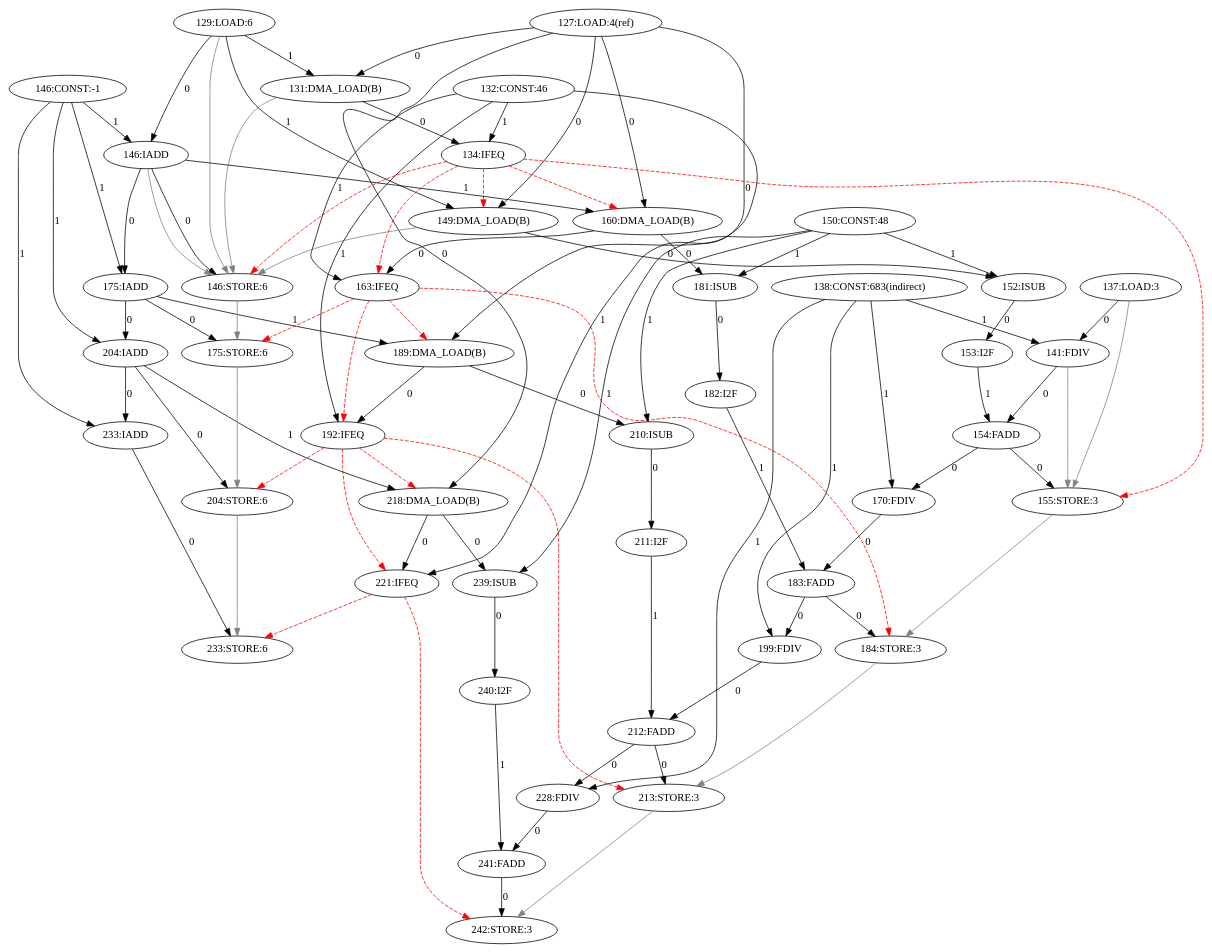
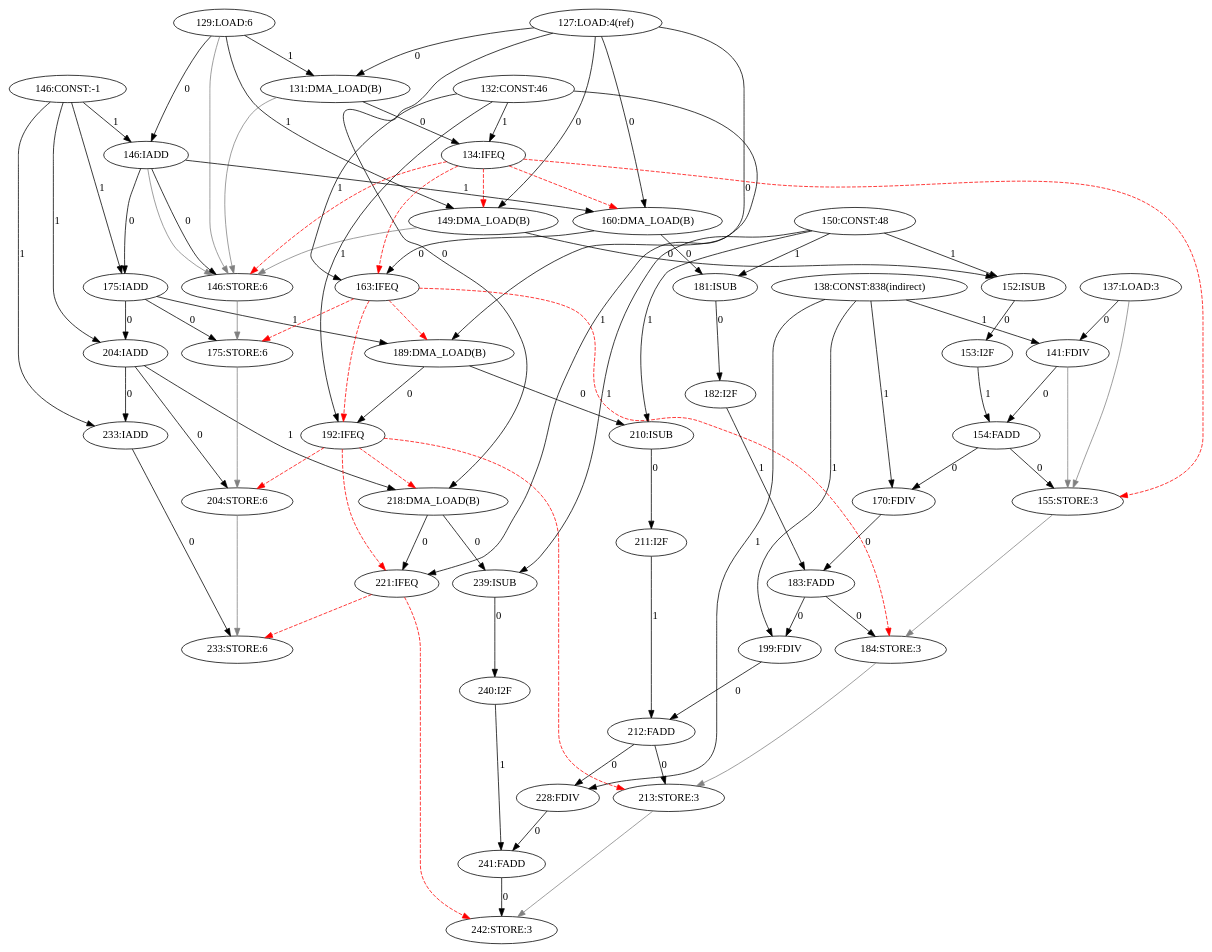
The diagram in amidar-sim2/Amidar/log/java.lang.Float.parseFloat(Ljava.lang.String;)F-127-246-CDFG.dot (Ana-Borg/CGRA-Versuch), drawn with Graphviz before and after one commit. The commit also changed 241 other files, not shown here.

```diff
--- a/amidar-sim2/Amidar/log/java.lang.Float.parseFloat(Ljava.lang.String;)F-127-246-CDFG.dot
+++ b/amidar-sim2/Amidar/log/java.lang.Float.parseFloat(Ljava.lang.String;)F-127-246-CDFG.dot
@@ -1,91 +1,91 @@
 digraph depgraph {
 "127:LOAD:4(ref)" -> "131:DMA_LOAD(B)"[label=0];
 "129:LOAD:6" -> "131:DMA_LOAD(B)"[label=1];
 "127:LOAD:4(ref)" -> "149:DMA_LOAD(B)"[label=0];
 "129:LOAD:6" -> "149:DMA_LOAD(B)"[label=1];
 "134:IFEQ" -> "149:DMA_LOAD(B)"[color=red,style=dashed];
 "127:LOAD:4(ref)" -> "160:DMA_LOAD(B)"[label=0];
 "146:IADD" -> "160:DMA_LOAD(B)"[label=1];
 "134:IFEQ" -> "160:DMA_LOAD(B)"[color=red,style=dashed];
 "127:LOAD:4(ref)" -> "189:DMA_LOAD(B)"[label=0];
 "175:IADD" -> "189:DMA_LOAD(B)"[label=1];
 "163:IFEQ" -> "189:DMA_LOAD(B)"[color=red,style=dashed];
 "127:LOAD:4(ref)" -> "218:DMA_LOAD(B)"[label=0];
 "204:IADD" -> "218:DMA_LOAD(B)"[label=1];
 "192:IFEQ" -> "218:DMA_LOAD(B)"[color=red,style=dashed];
 "146:IADD" -> "146:STORE:6"[label=0];
 "129:LOAD:6" -> "146:STORE:6"[color=gray];
 "131:DMA_LOAD(B)" -> "146:STORE:6"[color=gray];
 "134:IFEQ" -> "146:STORE:6"[color=red,style=dashed];
 "146:IADD" -> "146:STORE:6"[color=gray];
 "149:DMA_LOAD(B)" -> "146:STORE:6"[color=gray];
 "129:LOAD:6" -> "146:IADD"[label=0];
 "146:CONST:-1" -> "146:IADD"[label=1];
 "131:DMA_LOAD(B)" -> "134:IFEQ"[label=0];
 "132:CONST:46" -> "134:IFEQ"[label=1];
 "160:DMA_LOAD(B)" -> "163:IFEQ"[label=0];
 "132:CONST:46" -> "163:IFEQ"[label=1];
 "134:IFEQ" -> "163:IFEQ"[color=red,style=dashed];
 "189:DMA_LOAD(B)" -> "192:IFEQ"[label=0];
 "132:CONST:46" -> "192:IFEQ"[label=1];
 "163:IFEQ" -> "192:IFEQ"[color=red,style=dashed];
 "218:DMA_LOAD(B)" -> "221:IFEQ"[label=0];
 "132:CONST:46" -> "221:IFEQ"[label=1];
 "192:IFEQ" -> "221:IFEQ"[color=red,style=dashed];
 "154:FADD" -> "155:STORE:3"[label=0];
 "134:IFEQ" -> "155:STORE:3"[color=red,style=dashed];
 "137:LOAD:3" -> "155:STORE:3"[color=gray];
 "141:FDIV" -> "155:STORE:3"[color=gray];
 "137:LOAD:3" -> "141:FDIV"[label=0];
-"138:CONST:683(indirect)" -> "141:FDIV"[label=1];
+"138:CONST:838(indirect)" -> "141:FDIV"[label=1];
 "154:FADD" -> "170:FDIV"[label=0];
-"138:CONST:683(indirect)" -> "170:FDIV"[label=1];
+"138:CONST:838(indirect)" -> "170:FDIV"[label=1];
 "183:FADD" -> "199:FDIV"[label=0];
-"138:CONST:683(indirect)" -> "199:FDIV"[label=1];
+"138:CONST:838(indirect)" -> "199:FDIV"[label=1];
 "212:FADD" -> "228:FDIV"[label=0];
-"138:CONST:683(indirect)" -> "228:FDIV"[label=1];
+"138:CONST:838(indirect)" -> "228:FDIV"[label=1];
 "141:FDIV" -> "154:FADD"[label=0];
 "153:I2F" -> "154:FADD"[label=1];
 "146:IADD" -> "175:IADD"[label=0];
 "146:CONST:-1" -> "175:IADD"[label=1];
 "175:IADD" -> "204:IADD"[label=0];
 "146:CONST:-1" -> "204:IADD"[label=1];
 "204:IADD" -> "233:IADD"[label=0];
 "146:CONST:-1" -> "233:IADD"[label=1];
 "175:IADD" -> "175:STORE:6"[label=0];
 "146:STORE:6" -> "175:STORE:6"[color=gray];
 "163:IFEQ" -> "175:STORE:6"[color=red,style=dashed];
 "149:DMA_LOAD(B)" -> "152:ISUB"[label=0];
 "150:CONST:48" -> "152:ISUB"[label=1];
 "160:DMA_LOAD(B)" -> "181:ISUB"[label=0];
 "150:CONST:48" -> "181:ISUB"[label=1];
 "189:DMA_LOAD(B)" -> "210:ISUB"[label=0];
 "150:CONST:48" -> "210:ISUB"[label=1];
 "218:DMA_LOAD(B)" -> "239:ISUB"[label=0];
 "150:CONST:48" -> "239:ISUB"[label=1];
 "152:ISUB" -> "153:I2F"[label=0];
 "183:FADD" -> "184:STORE:3"[label=0];
 "155:STORE:3" -> "184:STORE:3"[color=gray];
 "163:IFEQ" -> "184:STORE:3"[color=red,style=dashed];
 "170:FDIV" -> "183:FADD"[label=0];
 "182:I2F" -> "183:FADD"[label=1];
 "204:IADD" -> "204:STORE:6"[label=0];
 "175:STORE:6" -> "204:STORE:6"[color=gray];
 "192:IFEQ" -> "204:STORE:6"[color=red,style=dashed];
 "181:ISUB" -> "182:I2F"[label=0];
 "212:FADD" -> "213:STORE:3"[label=0];
 "184:STORE:3" -> "213:STORE:3"[color=gray];
 "192:IFEQ" -> "213:STORE:3"[color=red,style=dashed];
 "199:FDIV" -> "212:FADD"[label=0];
 "211:I2F" -> "212:FADD"[label=1];
 "233:IADD" -> "233:STORE:6"[label=0];
 "204:STORE:6" -> "233:STORE:6"[color=gray];
 "221:IFEQ" -> "233:STORE:6"[color=red,style=dashed];
 "210:ISUB" -> "211:I2F"[label=0];
 "241:FADD" -> "242:STORE:3"[label=0];
 "213:STORE:3" -> "242:STORE:3"[color=gray];
 "221:IFEQ" -> "242:STORE:3"[color=red,style=dashed];
 "228:FDIV" -> "241:FADD"[label=0];
 "240:I2F" -> "241:FADD"[label=1];
 "239:ISUB" -> "240:I2F"[label=0];
 }
```
